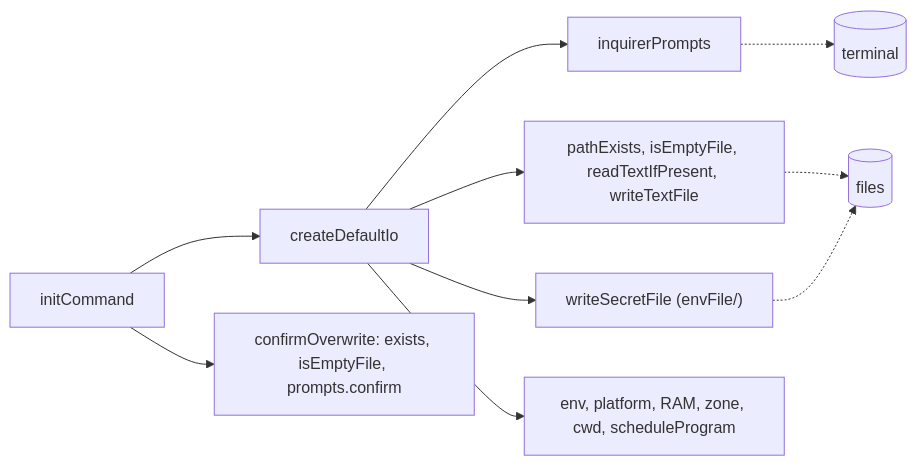
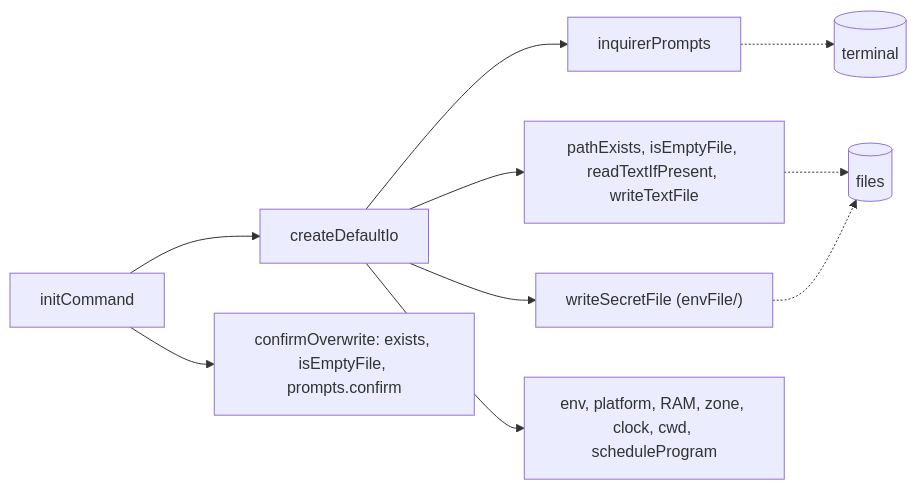
The diagram in src/cli/init/io/CLAUDE.md (odere-pro/weekly-engineering-digest-agent), drawn with Mermaid before and after one commit. The commit also changed 21 other files, not shown here.

````diff
--- a/src/cli/init/io/CLAUDE.md
+++ b/src/cli/init/io/CLAUDE.md
@@ -9,9 +9,9 @@
 ```mermaid
 flowchart LR
   initCommand --> dio["createDefaultIo"]
   dio --> prompts["inquirerPrompts"] -.-> tty[("terminal")]
   dio --> files["pathExists, isEmptyFile, readTextIfPresent, writeTextFile"] -.-> disk[("files")]
   dio --> secret["writeSecretFile (envFile/)"] -.-> disk
-  dio --> machine["env, platform, RAM, zone, cwd, scheduleProgram"]
+  dio --> machine["env, platform, RAM, zone, clock, cwd, scheduleProgram"]
   initCommand --> confirm["confirmOverwrite: exists, isEmptyFile, prompts.confirm"]
 ```
````
